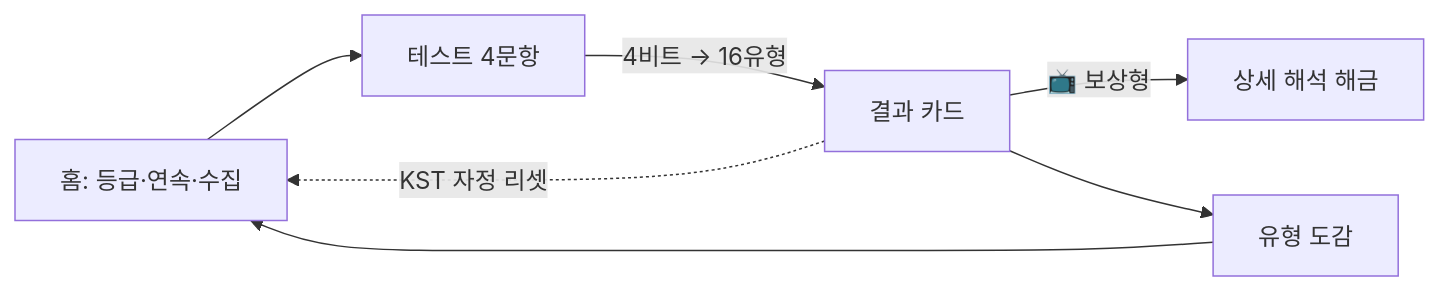
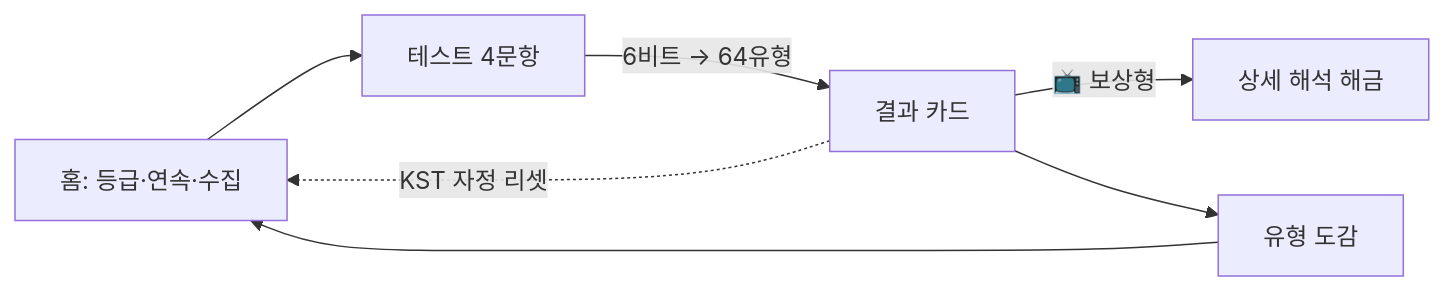
Before and after one commit to garsu-garsu/mind-type-dex: the diagram in README.md, drawn with Mermaid. The commit also changed other lines of this file and 14 other files, not shown here.

````diff
--- a/README.md
+++ b/README.md
@@ -73,9 +73,9 @@
 ```mermaid
 flowchart LR
     Home[홈: 등급·연속·수집] --> Test[테스트 4문항]
-    Test -->|4비트 → 16유형| Result[결과 카드]
+    Test -->|6비트 → 64유형| Result[결과 카드]
     Result -->|📺 보상형| Unlock[상세 해석 해금]
     Result --> Dex[유형 도감]
     Dex --> Home
     Result -.KST 자정 리셋.-> Home
 ```
````
